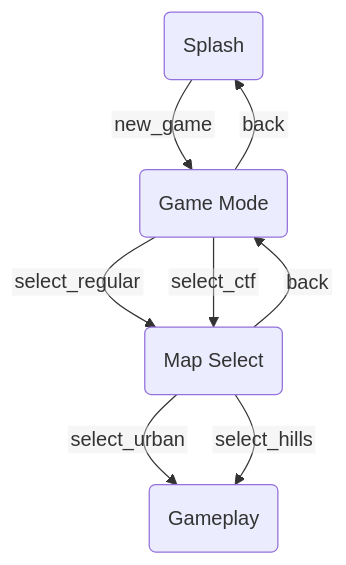
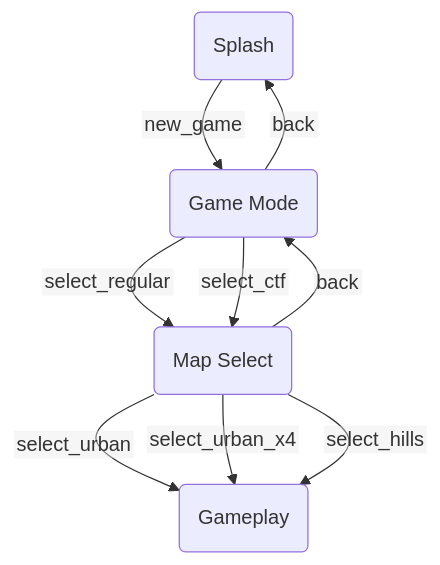
Before and after one commit to TheDeepestSpace/tbgwaf: the diagram in flow/app_flow.mmd, drawn with Mermaid. The commit also changed 4 other files, not shown here.

Commit message:
Add compact and x4 urban map menu choices

```diff
--- a/flow/app_flow.mmd
+++ b/flow/app_flow.mmd
@@ -1,13 +1,14 @@
 %%{init: {"flowchart": {"htmlLabels": false}, "themeVariables": {"fontFamily": "Arial, sans-serif"}}}%%
 flowchart TD
     splash("  Splash  ")
     game_mode("  Game Mode  ")
     map_select("  Map Select  ")
     gameplay("  Gameplay  ")
     splash -->|new_game| game_mode
     game_mode -->|select_regular| map_select
     game_mode -->|select_ctf| map_select
     game_mode -->|back| splash
     map_select -->|select_urban| gameplay
+    map_select -->|select_urban_x4| gameplay
     map_select -->|select_hills| gameplay
     map_select -->|back| game_mode
```
